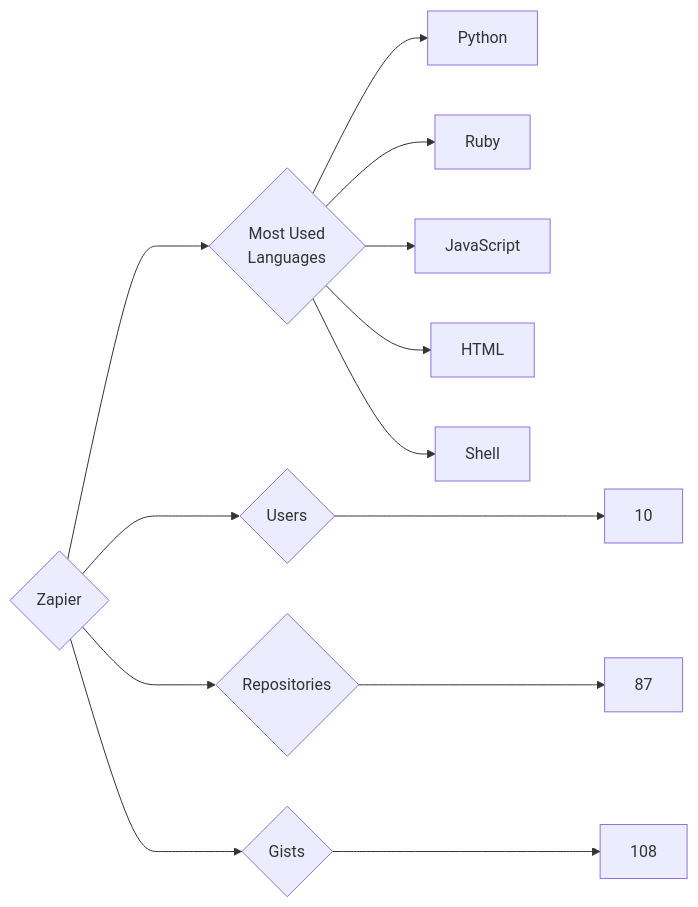
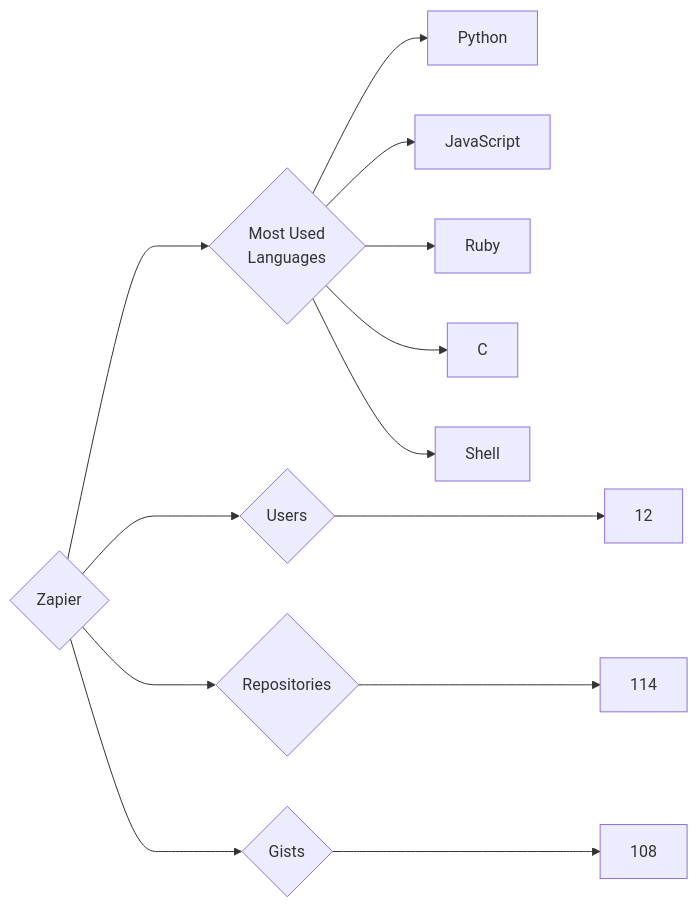
One commit to trickest/insiders changed the diagram in targets/Zapier/README.md. Above: the diagram before and after it, drawn with Mermaid. The commit also changed 1696 other files, not shown here.

````diff
--- a/targets/Zapier/README.md
+++ b/targets/Zapier/README.md
@@ -3,13 +3,13 @@
 ```mermaid
 graph LR
 COMPANY_NAME{Zapier}
-COMPANY_NAME ---> U{Users} ---> UN[10]
-COMPANY_NAME ---> R{Repositories} ---> RN[87]
+COMPANY_NAME ---> U{Users} ---> UN[12]
+COMPANY_NAME ---> R{Repositories} ---> RN[114]
 COMPANY_NAME ---> G{Gists} ---> GN[108]
 COMPANY_NAME ---> ML{Most Used<br>Languages}
 ML --> Python[Python]
+ML --> JavaScript[JavaScript]
 ML --> Ruby[Ruby]
-ML --> JavaScript[JavaScript]
-ML --> HTML[HTML]
+ML --> C[C]
 ML --> Shell[Shell]
 ```
````
